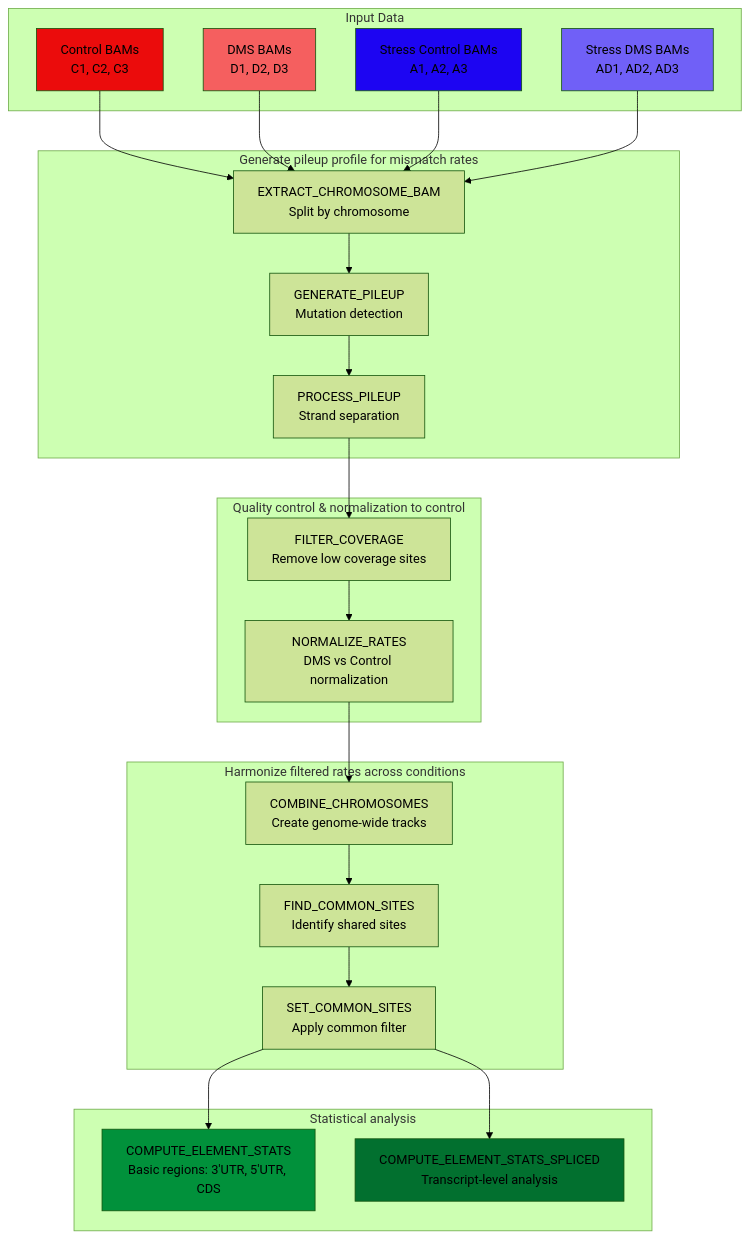
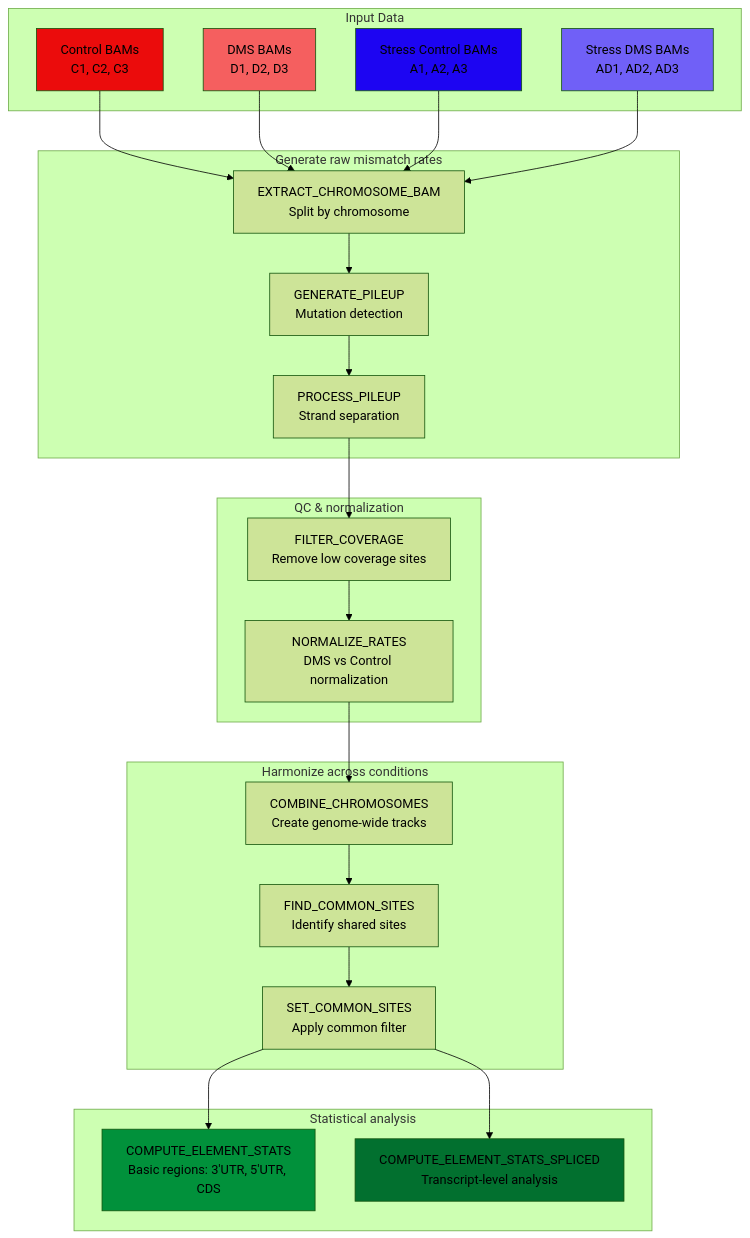
The diagram in README.md (t-whitfield/TRAM-seq), drawn with Mermaid (forest theme) before and after one commit.

Commit message:
Update README.md
Adjust annotations in workflow diagram.

````diff
--- a/README.md
+++ b/README.md
@@ -16,49 +16,49 @@
 ```mermaid
 flowchart TD
     subgraph "Input Data"
         A1[Control BAMs<br/>C1, C2, C3]
         A2[DMS BAMs<br/>D1, D2, D3]
         A3[Stress Control BAMs<br/>A1, A2, A3]
         A4[Stress DMS BAMs<br/>AD1, AD2, AD3]
     end
     
-    subgraph "Generate pileup profile for mismatch rates"
+    subgraph "Generate raw mismatch rates"
         B[EXTRACT_CHROMOSOME_BAM<br/>Split by chromosome]
         C[GENERATE_PILEUP<br/>Mutation detection]
         D[PROCESS_PILEUP<br/>Strand separation]
     end
     
-    subgraph "Quality control & normalization to control"
+    subgraph "QC & normalization"
         E[FILTER_COVERAGE<br/>Remove low coverage sites]
         F[NORMALIZE_RATES<br/>DMS vs Control normalization]
     end
     
-    subgraph "Harmonize filtered rates across conditions"
+    subgraph "Harmonize across conditions"
         G[COMBINE_CHROMOSOMES<br/>Create genome-wide tracks]
         H[FIND_COMMON_SITES<br/>Identify shared sites]
         I[SET_COMMON_SITES<br/>Apply common filter]
     end
     
     subgraph "Statistical analysis"
         J[COMPUTE_ELEMENT_STATS<br/>Basic regions: 3'UTR, 5'UTR, CDS]
         K[COMPUTE_ELEMENT_STATS_SPLICED<br/>Transcript-level analysis]
     end
     
     A1 & A2 & A3 & A4 --> B
     B --> C
     C --> D
     D --> E
     E --> F
     F --> G
     G --> H
     H --> I
     I --> J
     I --> K
     
     style A1 fill:#EB0C0C
     style A2 fill:#F55F5F
     style A3 fill:#1D05F2
     style A4 fill:#7060F7
     style J fill:#01913B
     style K fill:#02702F
 ```
````
